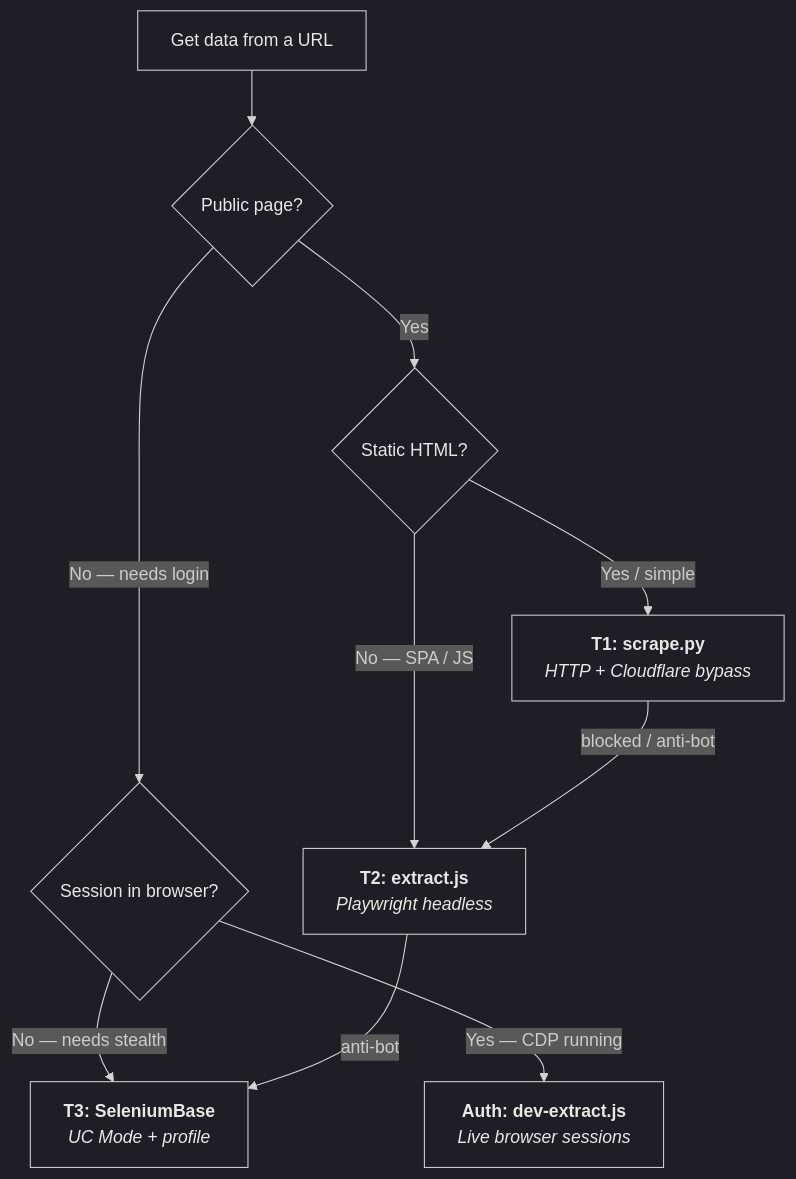
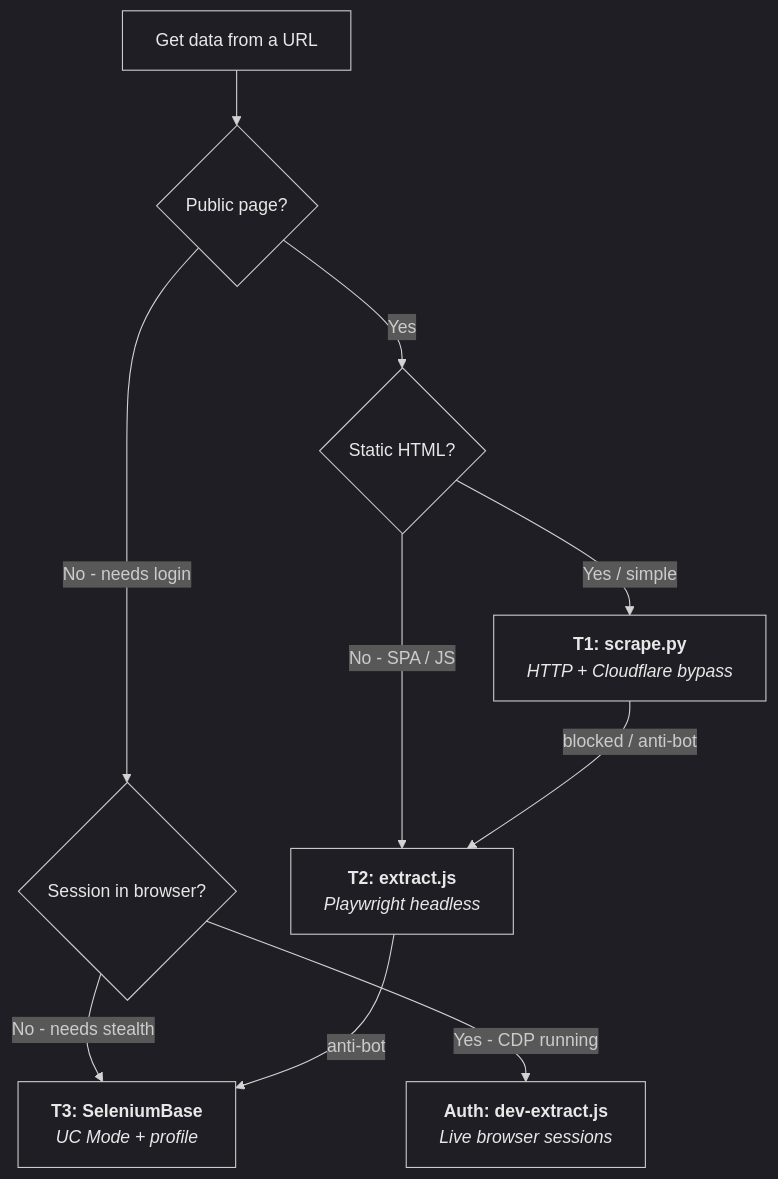
One commit to sellersessions/extract-flow changed the third of 4 diagrams in README.md. Above: the diagram before and after it, drawn with Mermaid. The commit also changed other lines of this file, not shown here.

````diff
--- a/README.md
+++ b/README.md
@@ -143,27 +143,27 @@
 ```mermaid
 %%{init: {'theme': 'dark', 'themeVariables': {'nodeTextColor': '#e8e8e8', 'primaryTextColor': '#e8e8e8', 'secondaryTextColor': '#cccccc', 'tertiaryTextColor': '#cccccc', 'clusterBkg': 'transparent', 'clusterBorder': '#8b949e'}}}%%
 
 flowchart TD
     START["Get data from a URL"] --> Q1{"Public page?"}
 
     Q1 -->|"Yes"| Q2{"Static HTML?"}
-    Q1 -->|"No — needs login"| Q3{"Session in browser?"}
+    Q1 -->|"No - needs login"| Q3{"Session in browser?"}
 
     Q2 -->|"Yes / simple"| T1["<b>T1: scrape.py</b><br/><i>HTTP + Cloudflare bypass</i>"]
-    Q2 -->|"No — SPA / JS"| T2["<b>T2: extract.js</b><br/><i>Playwright headless</i>"]
+    Q2 -->|"No - SPA / JS"| T2["<b>T2: extract.js</b><br/><i>Playwright headless</i>"]
 
-    Q3 -->|"Yes — CDP running"| AUTH["<b>Auth: dev-extract.js</b><br/><i>Live browser sessions</i>"]
-    Q3 -->|"No — needs stealth"| T3["<b>T3: SeleniumBase</b><br/><i>UC Mode + profile</i>"]
+    Q3 -->|"Yes - CDP running"| AUTH["<b>Auth: dev-extract.js</b><br/><i>Live browser sessions</i>"]
+    Q3 -->|"No - needs stealth"| T3["<b>T3: SeleniumBase</b><br/><i>UC Mode + profile</i>"]
 
     T1 -->|"blocked / anti-bot"| T2
     T2 -->|"anti-bot"| T3
 
     style START fill:none,stroke-width:1px,color:#e8e8e8
     style Q1 fill:none,stroke-width:1px,color:#e8e8e8
     style Q2 fill:none,stroke-width:1px,color:#e8e8e8
     style Q3 fill:none,stroke-width:1px,color:#e8e8e8
     style T1 fill:none,stroke-width:1px,color:#e8e8e8
     style T2 fill:none,stroke-width:1px,color:#e8e8e8
     style AUTH fill:none,stroke-width:1px,color:#e8e8e8
     style T3 fill:none,stroke-width:1px,color:#e8e8e8
 ```
````
